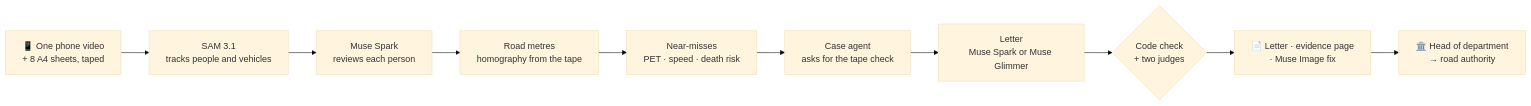
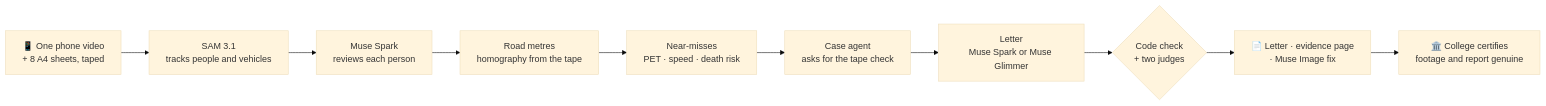
The diagram in README.md (shaunmortal/crossing-watch), drawn with Mermaid (base theme) before and after one commit. The commit also changed other lines of this file and 1 other file, not shown here.

First line of the commit message:
docs: the college certified the footage and report as genuine (3 Nov 2026)

````diff
--- a/README.md
+++ b/README.md
@@ -92,12 +93,12 @@
 ```mermaid
 flowchart LR
   A["📱 One phone video<br/>+ 8 A4 sheets, taped"] --> B["SAM 3.1<br/>tracks people and vehicles"]
   B --> C["Muse Spark<br/>reviews each person"]
   C --> D["Road metres<br/>homography from the tape"]
   D --> E["Near-misses<br/>PET · speed · death risk"]
   E --> F["Case agent<br/>asks for the tape check"]
   F --> G["Letter<br/>Muse Spark or Muse Glimmer"]
   G --> H{"Code check<br/>+ two judges"}
   H --> I["📄 Letter · evidence page<br/>· Muse Image fix"]
-  I --> J["🏛️ Head of department<br/>→ road authority"]
+  I --> J["🏛️ College certifies<br/>footage and report genuine"]
 ```
````
